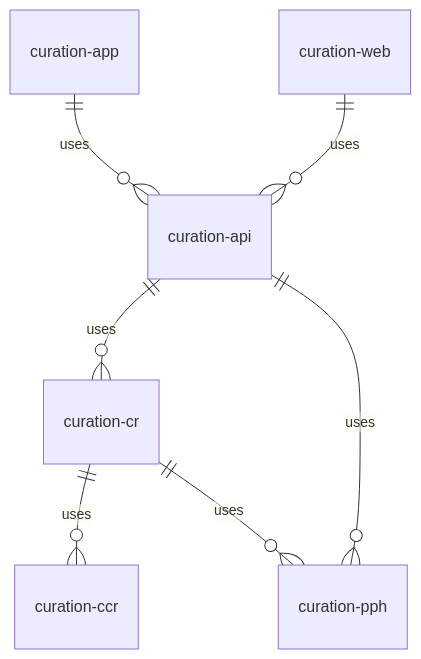
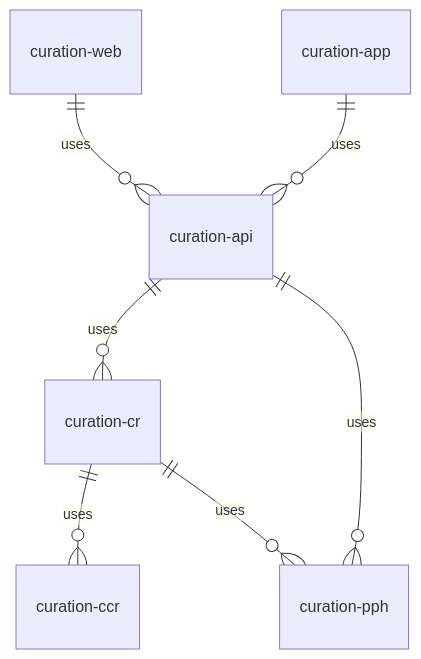
One commit to clarin-eric/curation-dashboard changed the diagram in README.md. Above: the diagram before and after it, drawn with Mermaid. The commit also changed other lines of this file, not shown here.

````diff
--- a/README.md
+++ b/README.md
@@ -13,9 +13,9 @@
 ```mermaid
 erDiagram
+    curation-web ||--o{ curation-api:uses
     curation-app ||--o{ curation-api:uses
-    curation-web ||--o{ curation-api:uses
     curation-api ||--o{ curation-cr:uses
     curation-api ||--o{ curation-pph:uses
     curation-cr ||--o{ curation-ccr:uses
     curation-cr ||--o{ curation-pph:uses
 ```
````
